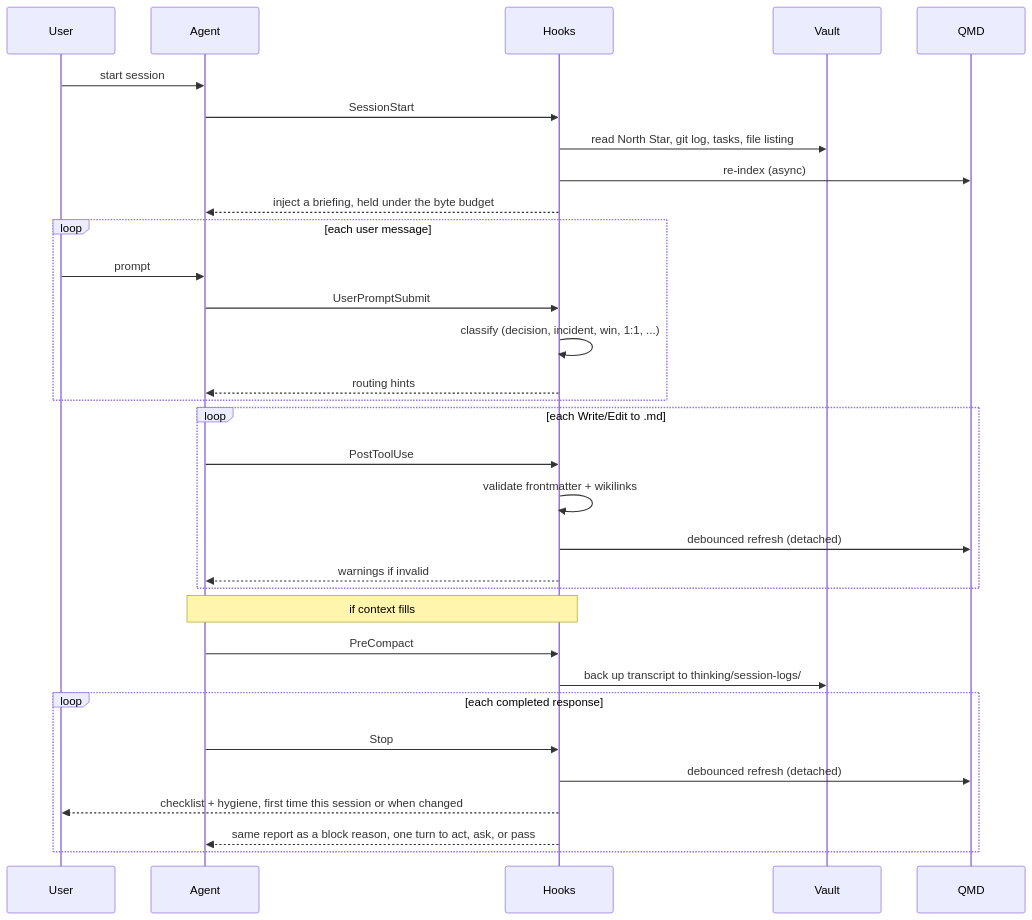
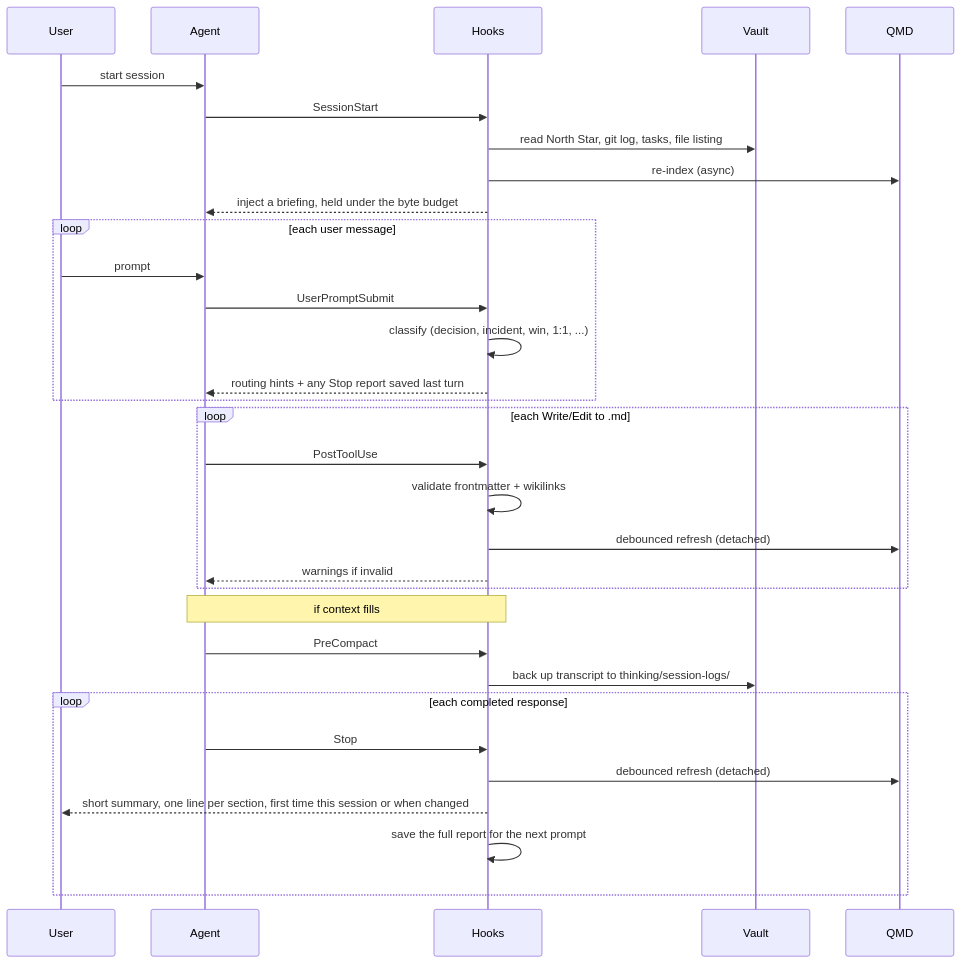
One commit to breferrari/obsidian-mind changed the third of 21 diagrams in ARCHITECTURE.md. Above: the diagram before and after it, drawn with Mermaid. The commit also changed other lines of this file and 22 other files, not shown here.

First line of the commit message:
fix: the Stop report shows the user a summary and reaches the agent with the next prompt (#261)

````diff
--- a/ARCHITECTURE.md
+++ b/ARCHITECTURE.md
@@ -164,39 +164,39 @@
 ```mermaid
 sequenceDiagram
     participant User
     participant Agent
     participant Hooks
     participant Vault
     participant QMD
 
     User->>Agent: start session
     Agent->>Hooks: SessionStart
     Hooks->>Vault: read North Star, git log, tasks, file listing
     Hooks->>QMD: re-index (async)
     Hooks-->>Agent: inject a briefing, held under the byte budget
 
     loop each user message
         User->>Agent: prompt
         Agent->>Hooks: UserPromptSubmit
         Hooks->>Hooks: classify (decision, incident, win, 1:1, ...)
-        Hooks-->>Agent: routing hints
+        Hooks-->>Agent: routing hints + any Stop report saved last turn
     end
 
     loop each Write/Edit to .md
         Agent->>Hooks: PostToolUse
         Hooks->>Hooks: validate frontmatter + wikilinks
         Hooks->>QMD: debounced refresh (detached)
         Hooks-->>Agent: warnings if invalid
     end
 
     Note over Agent,Hooks: if context fills
     Agent->>Hooks: PreCompact
     Hooks->>Vault: back up transcript to thinking/session-logs/
 
     loop each completed response
         Agent->>Hooks: Stop
         Hooks->>QMD: debounced refresh (detached)
-        Hooks-->>User: checklist + hygiene, first time this session or when changed
-        Hooks-->>Agent: same report as a block reason, one turn to act, ask, or pass
+        Hooks-->>User: short summary, one line per section, first time this session or when changed
+        Hooks->>Hooks: save the full report for the next prompt
     end
 ```
````
